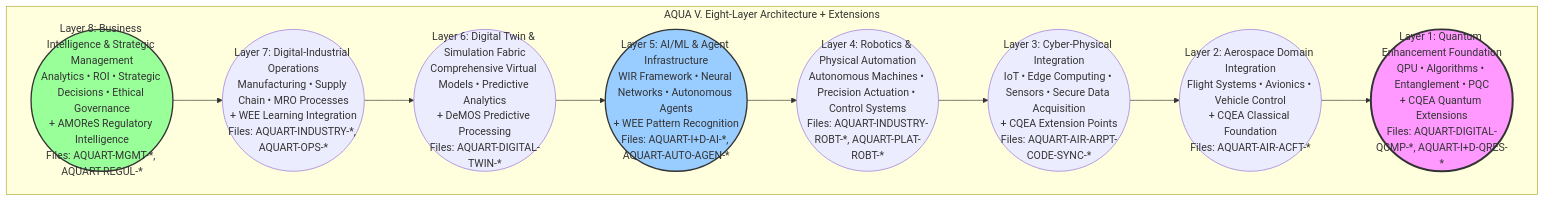
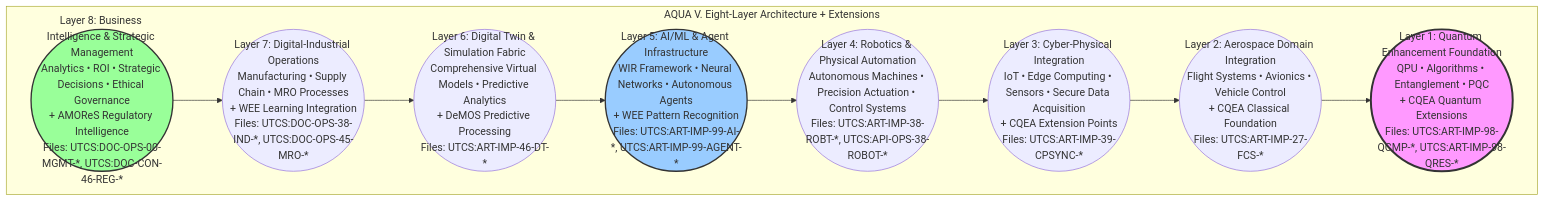
Before and after one commit to Robbbo-T/AQUA: the first of 19 diagrams in README.md, drawn with Mermaid. The commit also changed other lines of this file, not shown here.

````diff
--- a/README.md
+++ b/README.md
@@ -420,19 +421,19 @@
 ```mermaid
 graph TB
     subgraph "AQUA V. Eight-Layer Architecture + Extensions"
-        L8(("Layer 8: Business Intelligence & Strategic Management<br/>Analytics • ROI • Strategic Decisions • Ethical Governance<br/>+ AMOReS Regulatory Intelligence<br/>Files: AQUART-MGMT-*, AQUART-REGUL-*"))
-        L7(("Layer 7: Digital-Industrial Operations<br/>Manufacturing • Supply Chain • MRO Processes<br/>+ WEE Learning Integration<br/>Files: AQUART-INDUSTRY-*, AQUART-OPS-*"))
-        L6(("Layer 6: Digital Twin & Simulation Fabric<br/>Comprehensive Virtual Models • Predictive Analytics<br/>+ DeMOS Predictive Processing<br/>Files: AQUART-DIGITAL-TWIN-*"))
-        L5(("Layer 5: AI/ML & Agent Infrastructure<br/>WIR Framework • Neural Networks • Autonomous Agents<br/>+ WEE Pattern Recognition<br/>Files: AQUART-I+D-AI-*, AQUART-AUTO-AGEN-*"))
-        L4(("Layer 4: Robotics & Physical Automation<br/>Autonomous Machines • Precision Actuation • Control Systems<br/>Files: AQUART-INDUSTRY-ROBT-*, AQUART-PLAT-ROBT-*"))
-        L3(("Layer 3: Cyber-Physical Integration<br/>IoT • Edge Computing • Sensors • Secure Data Acquisition<br/>+ CQEA Extension Points<br/>Files: AQUART-AIR-ARPT-CODE-SYNC-*"))
-        L2(("Layer 2: Aerospace Domain Integration<br/>Flight Systems • Avionics • Vehicle Control<br/>+ CQEA Classical Foundation<br/>Files: AQUART-AIR-ACFT-*"))
-        L1(("Layer 1: Quantum Enhancement Foundation<br/>QPU • Algorithms • Entanglement • PQC<br/>+ CQEA Quantum Extensions<br/>Files: AQUART-DIGITAL-QCMP-*, AQUART-I+D-QRES-*"))
+        L8(("Layer 8: Business Intelligence & Strategic Management<br/>Analytics • ROI • Strategic Decisions • Ethical Governance<br/>+ AMOReS Regulatory Intelligence<br/>Files: UTCS:DOC-OPS-00-MGMT-*, UTCS:DOC-CON-46-REG-*"))
+        L7(("Layer 7: Digital-Industrial Operations<br/>Manufacturing • Supply Chain • MRO Processes<br/>+ WEE Learning Integration<br/>Files: UTCS:DOC-OPS-38-IND-*, UTCS:DOC-OPS-45-MRO-*"))
+        L6(("Layer 6: Digital Twin & Simulation Fabric<br/>Comprehensive Virtual Models • Predictive Analytics<br/>+ DeMOS Predictive Processing<br/>Files: UTCS:ART-IMP-46-DT-*"))
+        L5(("Layer 5: AI/ML & Agent Infrastructure<br/>WIR Framework • Neural Networks • Autonomous Agents<br/>+ WEE Pattern Recognition<br/>Files: UTCS:ART-IMP-99-AI-*, UTCS:ART-IMP-99-AGENT-*"))
+        L4(("Layer 4: Robotics & Physical Automation<br/>Autonomous Machines • Precision Actuation • Control Systems<br/>Files: UTCS:ART-IMP-38-ROBT-*, UTCS:API-OPS-38-ROBOT-*"))
+        L3(("Layer 3: Cyber-Physical Integration<br/>IoT • Edge Computing • Sensors • Secure Data Acquisition<br/>+ CQEA Extension Points<br/>Files: UTCS:ART-IMP-39-CPSYNC-*"))
+        L2(("Layer 2: Aerospace Domain Integration<br/>Flight Systems • Avionics • Vehicle Control<br/>+ CQEA Classical Foundation<br/>Files: UTCS:ART-IMP-27-FCS-*"))
+        L1(("Layer 1: Quantum Enhancement Foundation<br/>QPU • Algorithms • Entanglement • PQC<br/>+ CQEA Quantum Extensions<br/>Files: UTCS:ART-IMP-98-QCMP-*, UTCS:ART-IMP-98-QRES-*"))
     end
     
     L8 --> L7 --> L6 --> L5 --> L4 --> L3 --> L2 --> L1
     
     style L1 fill:#ff99ff,stroke:#333,stroke-width:3px
     style L5 fill:#99ccff,stroke:#333,stroke-width:2px
     style L8 fill:#99ff99,stroke:#333,stroke-width:2px
 ```
````
